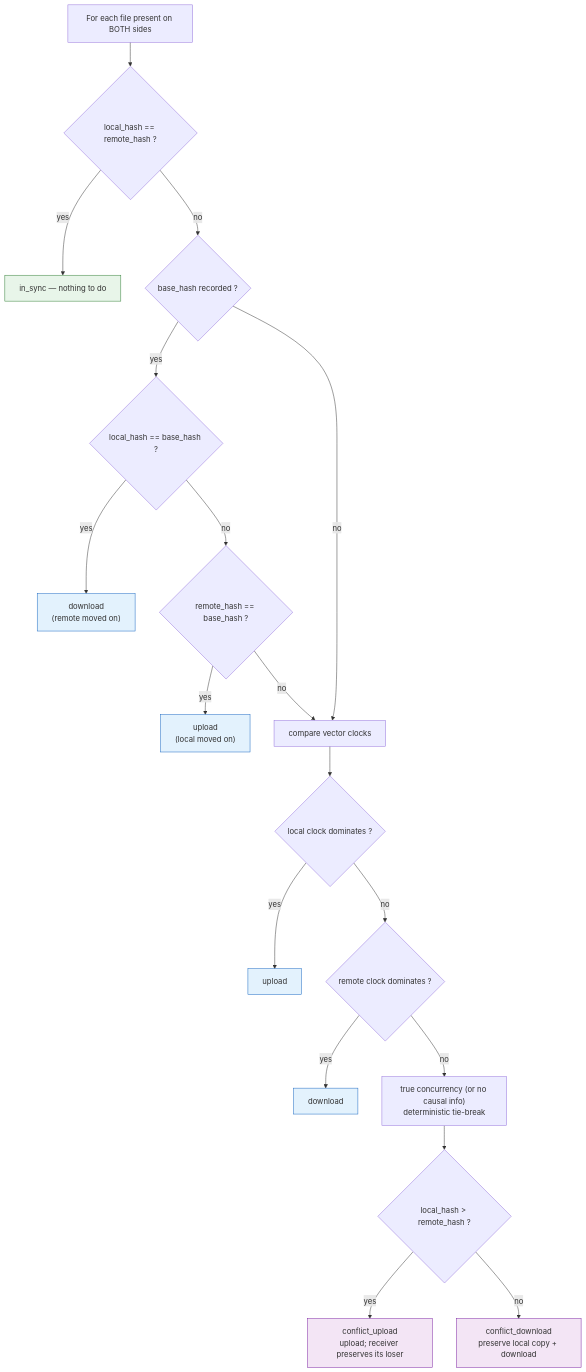
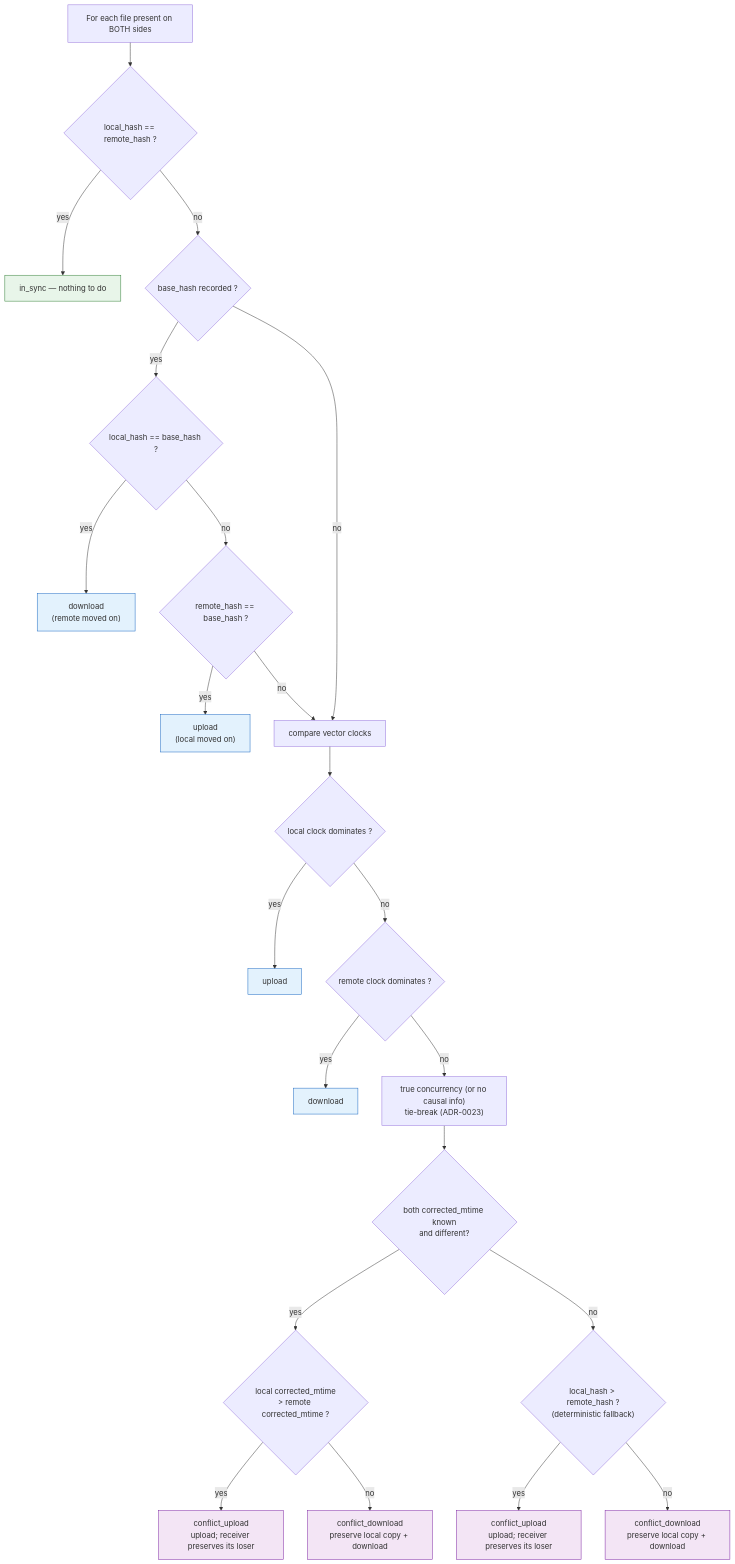
One commit to albertsdk/hsync-client changed the first of 3 diagrams in docs/conflict-resolution.md. Above: the diagram before and after it, drawn with Mermaid. The commit also changed other lines of this file and 27 other files, not shown here.

Commit message:
feat(sync): propagate corrected_mtime across all transports (ADR-0023)

````diff
--- a/docs/conflict-resolution.md
+++ b/docs/conflict-resolution.md
@@ -88,29 +95,35 @@
 ```mermaid
 flowchart TD
     S["For each file present on BOTH sides"]
     S --> ID{"local_hash == remote_hash ?"}
     ID -->|yes| INS["in_sync — nothing to do"]
     ID -->|no| BASE{"base_hash recorded ?"}
     BASE -->|yes| LEB{"local_hash == base_hash ?"}
     LEB -->|yes| DL1["download<br/>(remote moved on)"]
     LEB -->|no| REB{"remote_hash == base_hash ?"}
     REB -->|yes| UL1["upload<br/>(local moved on)"]
     REB -->|no| CMP["compare vector clocks"]
     BASE -->|no| CMP
     CMP --> DOM{"local clock dominates ?"}
     DOM -->|yes| UL2["upload"]
     DOM -->|no| DMB{"remote clock dominates ?"}
     DMB -->|yes| DL2["download"]
-    DMB -->|no| TIE["true concurrency (or no causal info)<br/>deterministic tie-break"]
-    TIE --> WIN{"local_hash > remote_hash ?"}
-    WIN -->|yes| CU["conflict_upload<br/>upload; receiver preserves its loser"]
-    WIN -->|no| CD["conflict_download<br/>preserve local copy + download"]
+    DMB -->|no| TIE["true concurrency (or no causal info)<br/>tie-break (ADR-0023)"]
+    TIE --> MT{"both corrected_mtime known<br/>and different?"}
+    MT -->|yes| NEW{"local corrected_mtime<br/>> remote corrected_mtime ?"}
+    NEW -->|yes| CU["conflict_upload<br/>upload; receiver preserves its loser"]
+    NEW -->|no| CD["conflict_download<br/>preserve local copy + download"]
+    MT -->|no| WIN{"local_hash > remote_hash ?<br/>(deterministic fallback)"}
+    WIN -->|yes| CU2["conflict_upload<br/>upload; receiver preserves its loser"]
+    WIN -->|no| CD2["conflict_download<br/>preserve local copy + download"]
 
     style INS fill:#e8f5e9,stroke:#2e7d32
     style UL1 fill:#e3f2fd,stroke:#1565c0
     style UL2 fill:#e3f2fd,stroke:#1565c0
     style DL1 fill:#e3f2fd,stroke:#1565c0
     style DL2 fill:#e3f2fd,stroke:#1565c0
     style CU fill:#f3e5f5,stroke:#7b1fa2
     style CD fill:#f3e5f5,stroke:#7b1fa2
+    style CU2 fill:#f3e5f5,stroke:#7b1fa2
+    style CD2 fill:#f3e5f5,stroke:#7b1fa2
 ```
````
